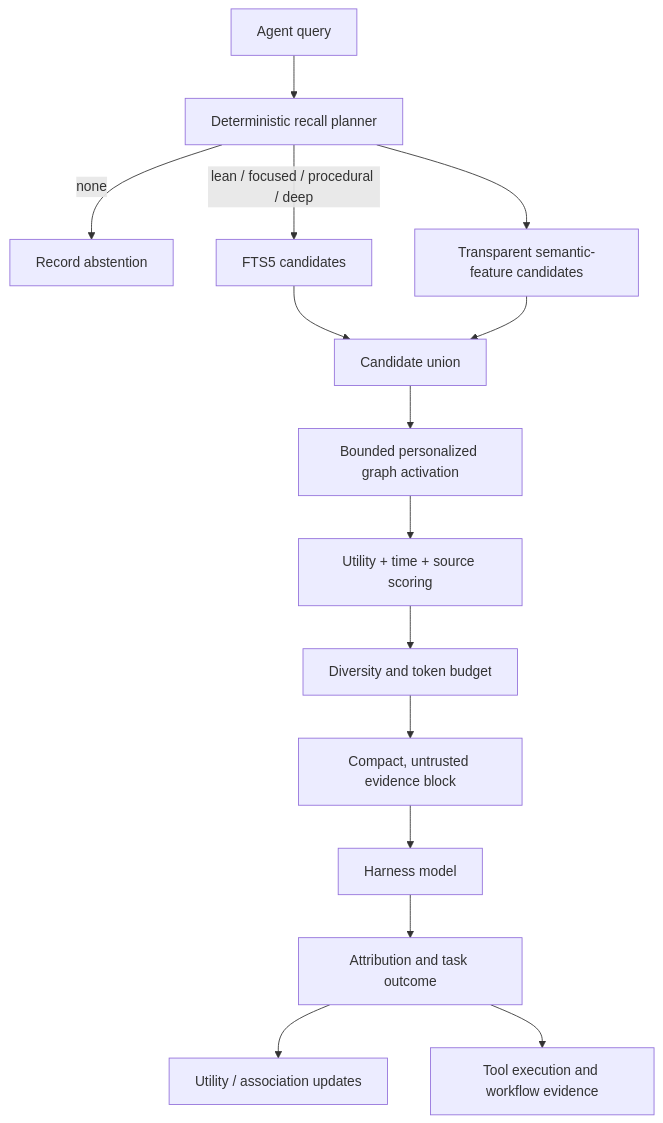
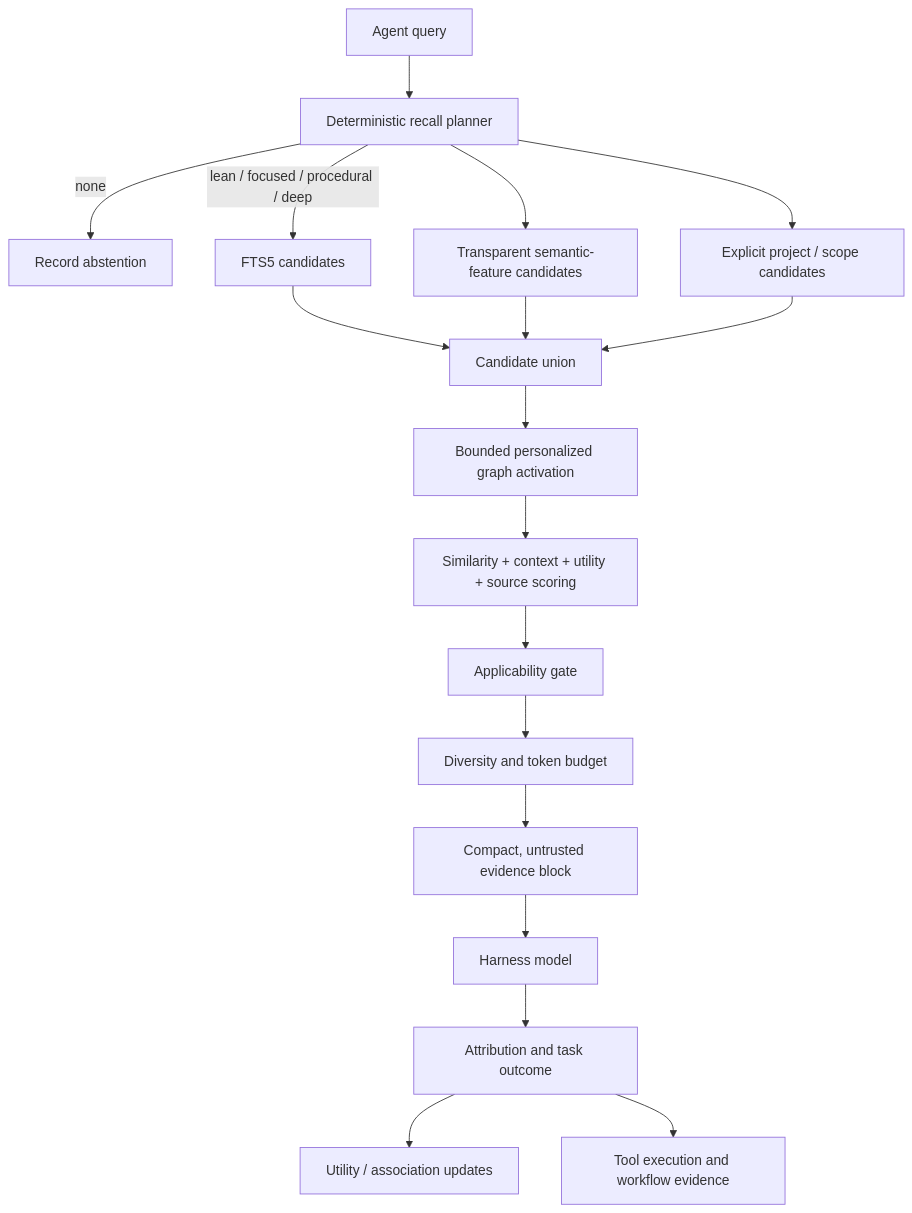
One commit to jacobycoffin/cortex-memory changed the diagram in docs/ARCHITECTURE.md. Above: the diagram before and after it, drawn with Mermaid. The commit also changed other lines of this file and 27 other files, not shown here.

````diff
--- a/docs/ARCHITECTURE.md
+++ b/docs/ARCHITECTURE.md
@@ -18,17 +18,20 @@
 ```mermaid
 flowchart TD
     A["Agent query"] --> B["Deterministic recall planner"]
     B -->|"none"| C["Record abstention"]
     B -->|"lean / focused / procedural / deep"| D["FTS5 candidates"]
     B --> D2["Transparent semantic-feature candidates"]
     D --> E["Candidate union"]
     D2 --> E
+    B --> D3["Explicit project / scope candidates"]
+    D3 --> E
     E --> F["Bounded personalized graph activation"]
-    F --> G["Utility + time + source scoring"]
-    G --> H["Diversity and token budget"]
+    F --> G["Similarity + context + utility + source scoring"]
+    G --> G2["Applicability gate"]
+    G2 --> H["Diversity and token budget"]
     H --> I["Compact, untrusted evidence block"]
     I --> J["Harness model"]
     J --> K["Attribution and task outcome"]
     K --> L["Utility / association updates"]
     K --> M["Tool execution and workflow evidence"]
 ```
````
